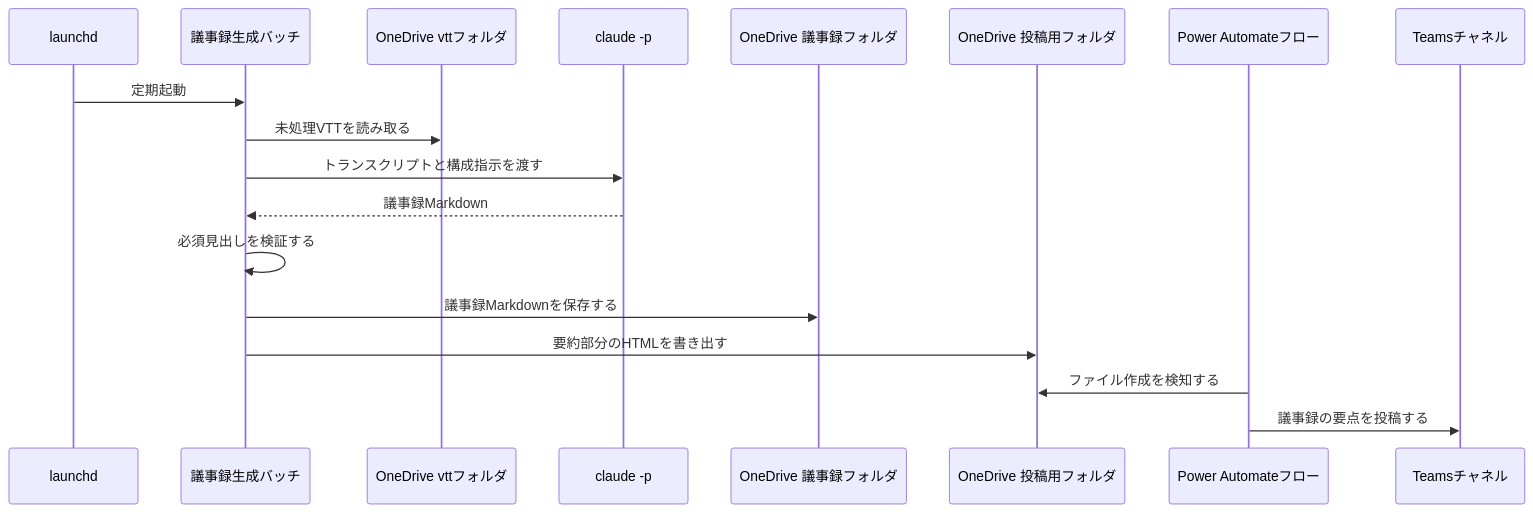
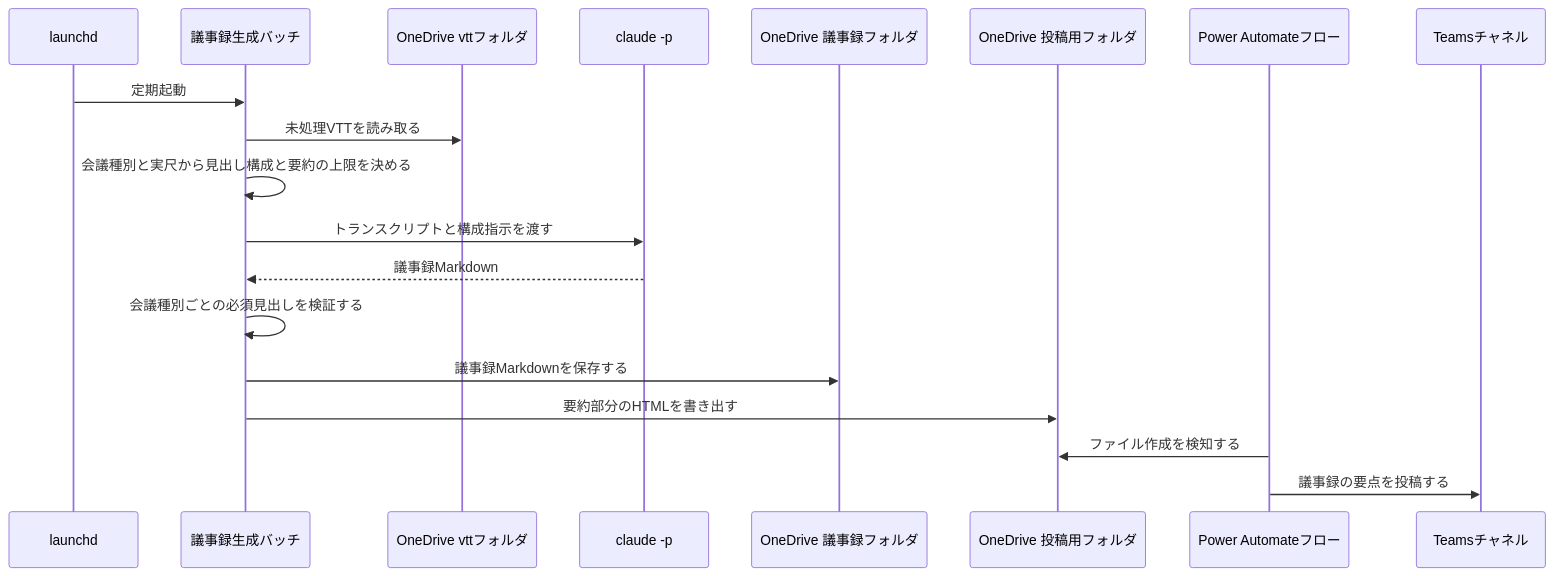
The first of 2 diagrams in apps/meeting-minutes-generator/specs/minutes-auto-generation/design.md (dnode-ryosuke-yamazaki/study), drawn with Mermaid before and after one commit. The commit also changed other lines of this file and 3 other files, not shown here.

````diff
--- a/apps/meeting-minutes-generator/specs/minutes-auto-generation/design.md
+++ b/apps/meeting-minutes-generator/specs/minutes-auto-generation/design.md
@@ -33,21 +35,22 @@
 ```mermaid
 sequenceDiagram
     participant L as launchd
     participant B as 議事録生成バッチ
     participant V as OneDrive vttフォルダ
     participant C as claude -p
     participant M as OneDrive 議事録フォルダ
     participant N as OneDrive 投稿用フォルダ
     participant P as Power Automateフロー
     participant T as Teamsチャネル
 
     L->>B: 定期起動
     B->>V: 未処理VTTを読み取る
+    B->>B: 会議種別と実尺から見出し構成と要約の上限を決める
     B->>C: トランスクリプトと構成指示を渡す
     C-->>B: 議事録Markdown
-    B->>B: 必須見出しを検証する
+    B->>B: 会議種別ごとの必須見出しを検証する
     B->>M: 議事録Markdownを保存する
     B->>N: 要約部分のHTMLを書き出す
     P->>N: ファイル作成を検知する
     P->>T: 議事録の要点を投稿する
 ```
````
